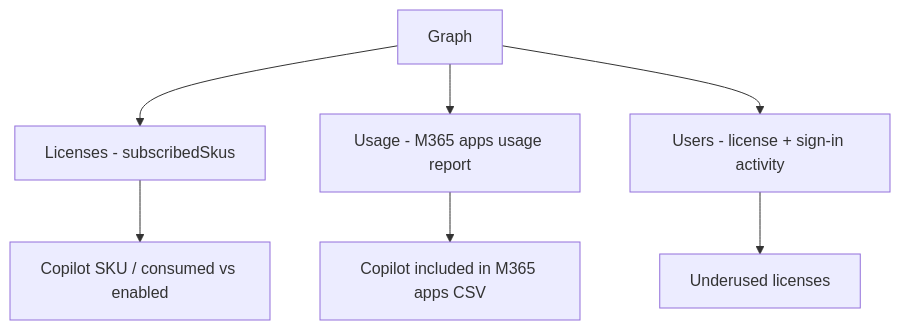
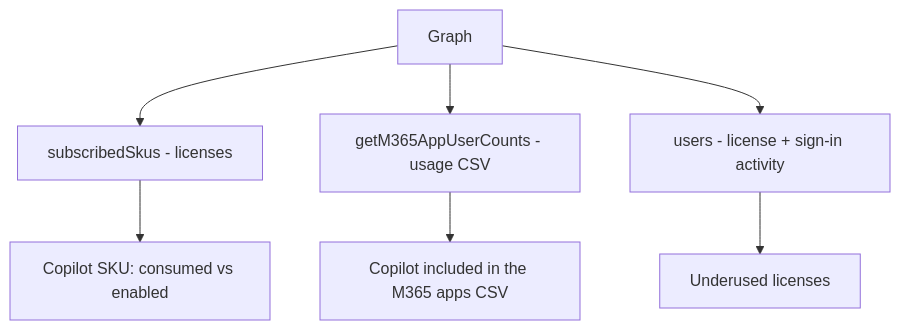
One commit to vgrem/office365-rest-python-client changed the diagram in examples/reports/copilot/README.md. Above: the diagram before and after it, drawn with Mermaid. The commit also changed other lines of this file and 2 other files, not shown here.

````diff
--- a/examples/reports/copilot/README.md
+++ b/examples/reports/copilot/README.md
@@ -7,9 +9,9 @@
 ```mermaid
-graph TD
-    A[Graph] --> B[Licenses - subscribedSkus]
-    A --> C[Usage - M365 apps usage report]
-    A --> D[Users - license + sign-in activity]
-    B --> B1[Copilot SKU / consumed vs enabled]
-    C --> C1[Copilot included in M365 apps CSV]
+flowchart TD
+    A[Graph] --> B[subscribedSkus - licenses]
+    A --> C[getM365AppUserCounts - usage CSV]
+    A --> D[users - license + sign-in activity]
+    B --> B1[Copilot SKU: consumed vs enabled]
+    C --> C1[Copilot included in the M365 apps CSV]
     D --> D1[Underused licenses]
 ```
````
